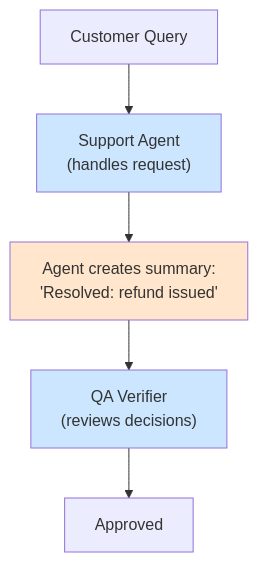
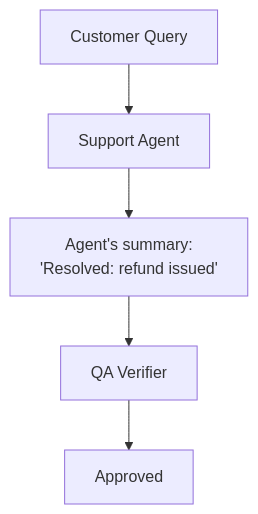
One commit to quantified-uncertainty/cairn changed the eighth of 9 diagrams in apps/delegation-risk/src/content/docs/entanglements/case-studies/examples.md. Above: the diagram before and after it, drawn with Mermaid. The commit also changed other lines of this file and 253 other files, not shown here.

````diff
--- a/apps/delegation-risk/src/content/docs/entanglements/case-studies/examples.md
+++ b/apps/delegation-risk/src/content/docs/entanglements/case-studies/examples.md
@@ -348,12 +255,8 @@
 ```mermaid
 flowchart TB
     CQ[Customer Query]
-    CQ --> Agent["Support Agent<br/>(handles request)"]
-    Agent --> Summary["Agent creates summary:<br/>'Resolved: refund issued'"]
-    Summary --> Verifier["QA Verifier<br/>(reviews decisions)"]
+    CQ --> Agent["Support Agent"]
+    Agent --> Summary["Agent's summary:<br/>'Resolved: refund issued'"]
+    Summary --> Verifier["QA Verifier"]
     Verifier --> Approved["Approved"]
-
-    style Agent fill:#cce6ff
-    style Summary fill:#ffe6cc
-    style Verifier fill:#cce6ff
 ```
````
